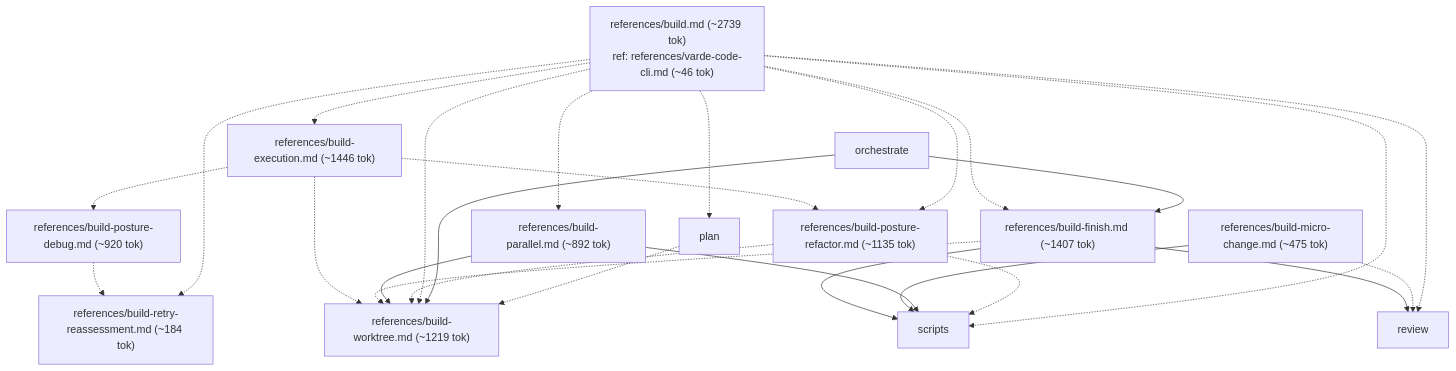
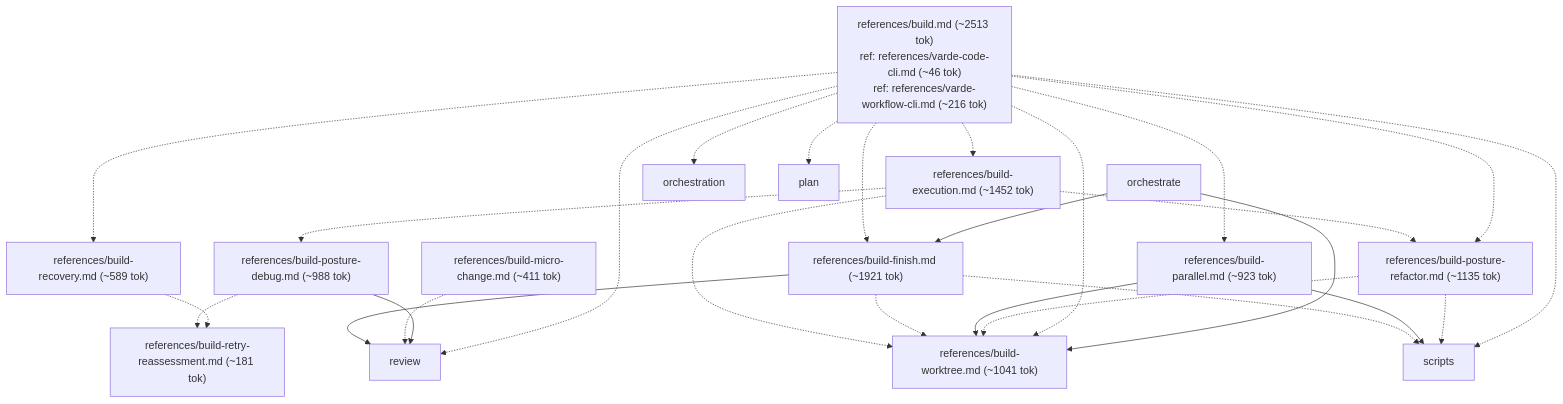
One commit to alecegg/varde changed the second of 10 diagrams in skills/varde-change/FLOW.md. Above: the diagram before and after it, drawn with Mermaid. The commit also changed other lines of this file and 269 other files, not shown here.

````diff
--- a/skills/varde-change/FLOW.md
+++ b/skills/varde-change/FLOW.md
@@ -62,41 +64,44 @@
 ```mermaid
 flowchart TD
-  n0["references/build-execution.md (~1446 tok)"]
-  n1["references/build-finish.md (~1407 tok)"]
-  n2["references/build-micro-change.md (~475 tok)"]
-  n3["references/build-parallel.md (~892 tok)"]
-  n4["references/build-posture-debug.md (~920 tok)"]
+  n0["references/build-execution.md (~1452 tok)"]
+  n1["references/build-finish.md (~1921 tok)"]
+  n2["references/build-micro-change.md (~411 tok)"]
+  n3["references/build-parallel.md (~923 tok)"]
+  n4["references/build-posture-debug.md (~988 tok)"]
   n5["references/build-posture-refactor.md (~1135 tok)"]
-  n6["references/build-retry-reassessment.md (~184 tok)"]
-  n7["references/build-worktree.md (~1219 tok)"]
-  n8["references/build.md (~2739 tok)<br/>ref: references/varde-code-cli.md (~46 tok)"]
-  n9["orchestrate"]
-  n10["plan"]
-  n11["review"]
-  n12["scripts"]
+  n6["references/build-recovery.md (~589 tok)"]
+  n7["references/build-retry-reassessment.md (~181 tok)"]
+  n8["references/build-worktree.md (~1041 tok)"]
+  n9["references/build.md (~2513 tok)<br/>ref: references/varde-code-cli.md (~46 tok)<br/>ref: references/varde-workflow-cli.md (~216 tok)"]
+  n10["orchestrate"]
+  n11["orchestration"]
+  n12["plan"]
+  n13["review"]
+  n14["scripts"]
   n0 -.-> n4
   n0 -.-> n5
-  n0 -.-> n7
-  n1 -.-> n7
-  n1 --> n11
-  n1 --> n12
-  n2 -.-> n11
-  n2 --> n12
-  n3 --> n7
-  n3 --> n12
-  n4 -.-> n6
-  n5 -.-> n7
-  n5 -.-> n12
-  n8 -.-> n0
-  n8 -.-> n1
-  n8 -.-> n3
-  n8 -.-> n5
-  n8 -.-> n6
-  n8 -.-> n7
-  n8 -.-> n10
-  n8 -.-> n11
-  n8 -.-> n12
-  n9 --> n1
-  n9 --> n7
-  n10 -.-> n7
+  n0 -.-> n8
+  n1 -.-> n8
+  n1 --> n13
+  n1 -.-> n14
+  n2 -.-> n13
+  n3 --> n8
+  n3 --> n14
+  n4 -.-> n7
+  n4 --> n13
+  n5 -.-> n8
+  n5 -.-> n14
+  n6 -.-> n7
+  n9 -.-> n0
+  n9 -.-> n1
+  n9 -.-> n3
+  n9 -.-> n5
+  n9 -.-> n6
+  n9 -.-> n8
+  n9 -.-> n11
+  n9 -.-> n12
+  n9 -.-> n13
+  n9 -.-> n14
+  n10 --> n1
+  n10 --> n8
 ```
````
